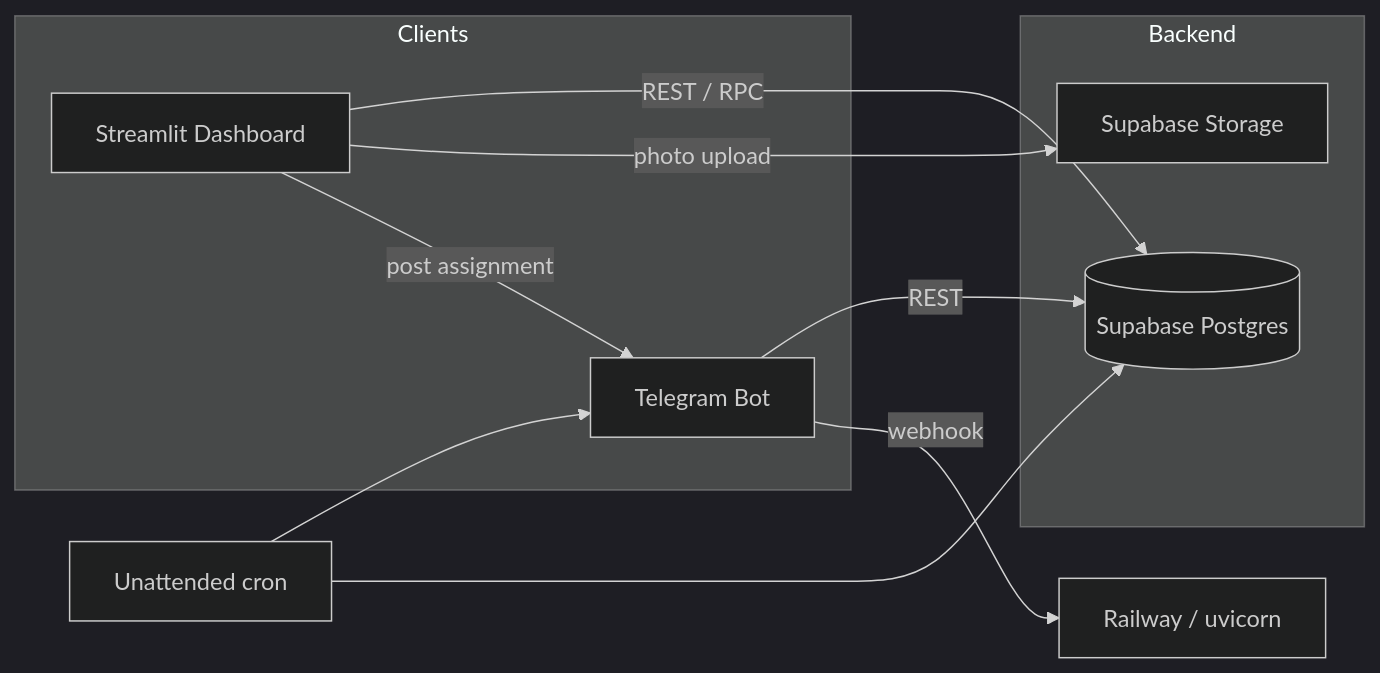
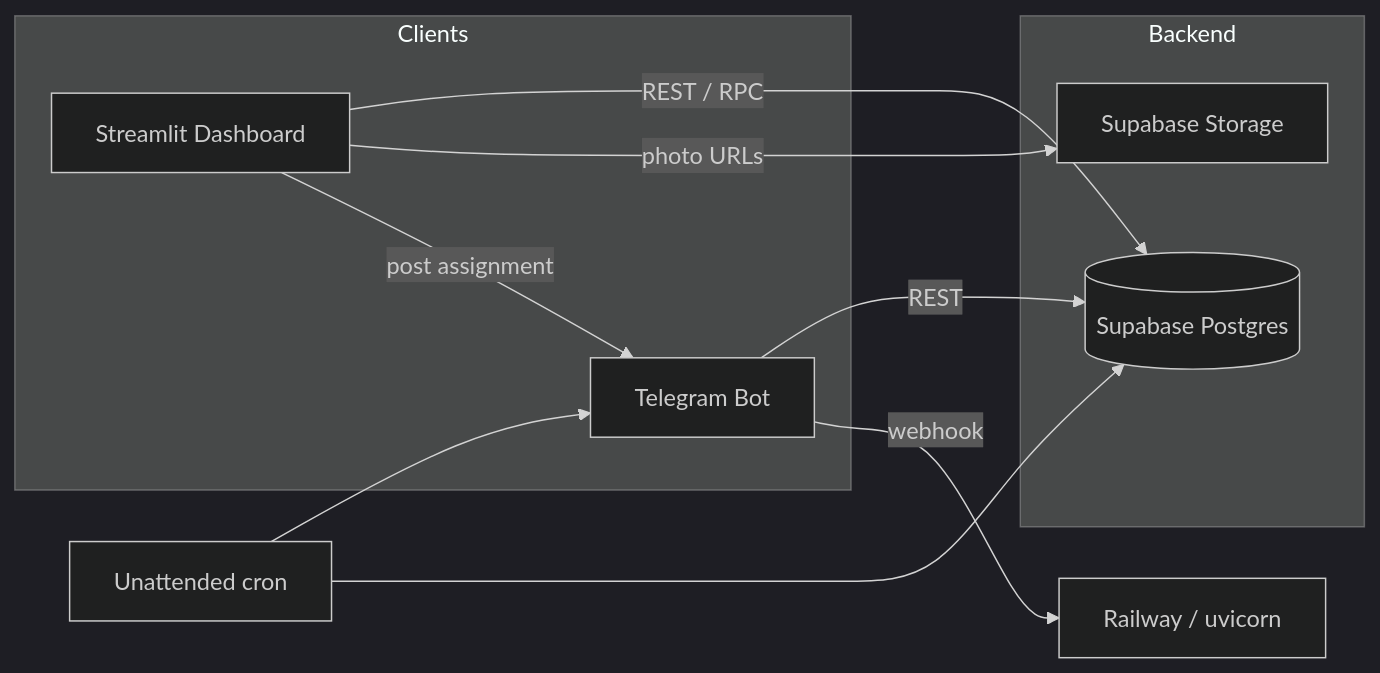
Before and after one commit to ibbeyx-prog/TicketResponsesDashboard: the first of 3 diagrams in docs/DEVELOPER_REQUIREMENTS.md, drawn with Mermaid (dark theme). The commit also changed other lines of this file and 17 other files, not shown here.

````diff
--- a/docs/DEVELOPER_REQUIREMENTS.md
+++ b/docs/DEVELOPER_REQUIREMENTS.md
@@ -27,20 +31,20 @@
 ```mermaid
 flowchart LR
   subgraph clients [Clients]
     Dash[Streamlit Dashboard]
     TG[Telegram Bot]
   end
 
   subgraph backend [Backend]
     SB[(Supabase Postgres)]
     ST[Supabase Storage]
   end
 
   Dash -->|REST / RPC| SB
-  Dash -->|photo upload| ST
+  Dash -->|photo URLs| ST
   TG -->|REST| SB
   TG -->|webhook| Railway[Railway / uvicorn]
   Dash -->|post assignment| TG
   Cron[Unattended cron] --> SB
   Cron --> TG
 ```
````
